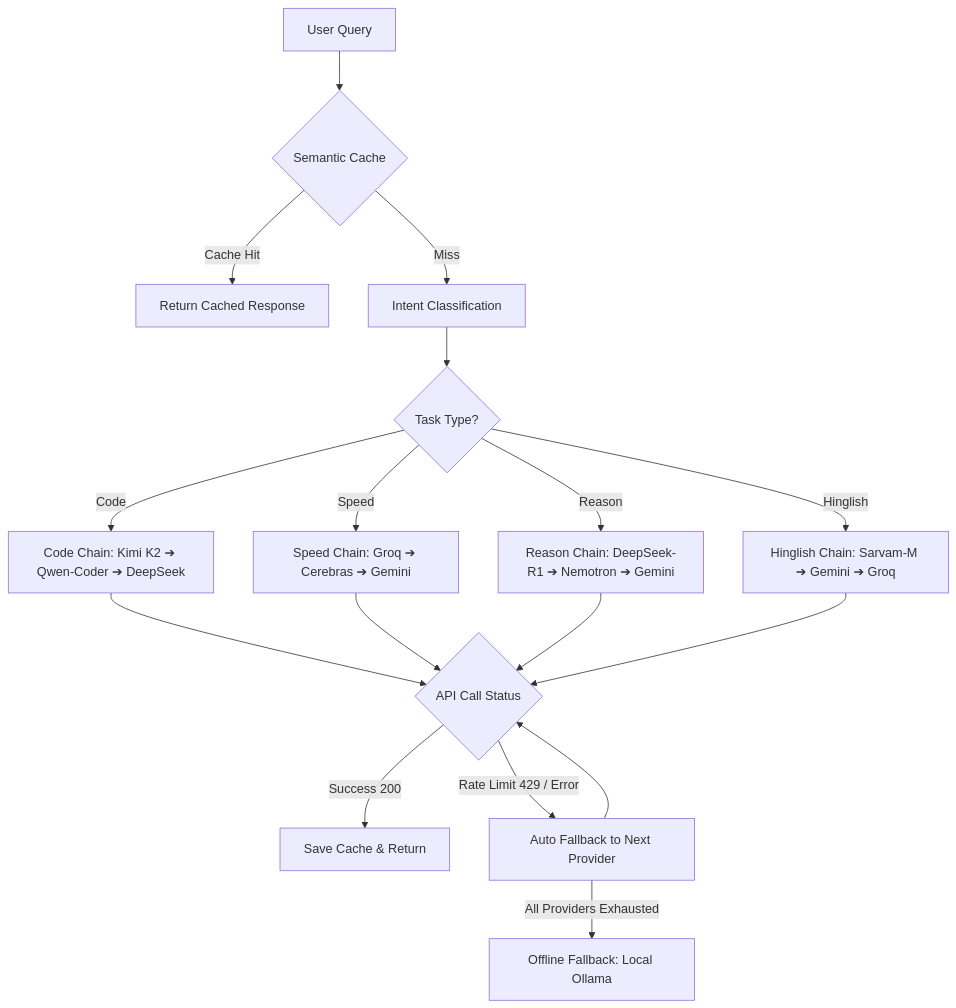
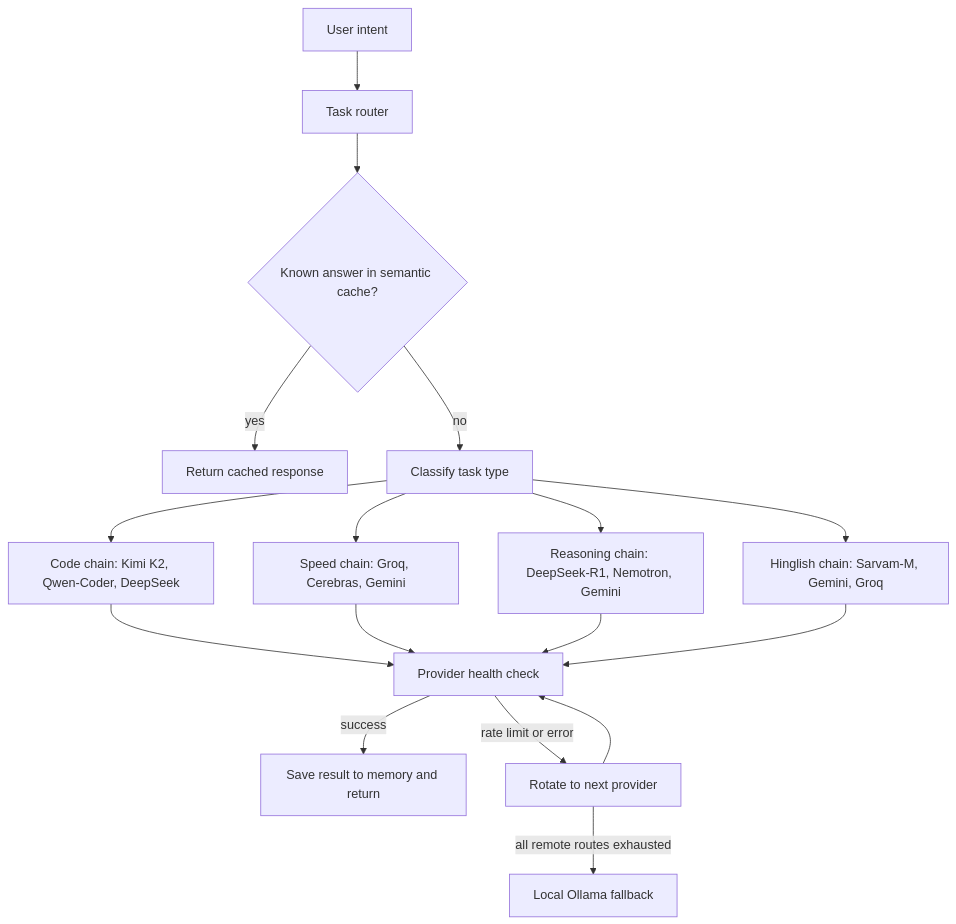
One commit to m4stanuj/m4stanuj changed the diagram in README.md. Above: the diagram before and after it, drawn with Mermaid. The commit also changed other lines of this file, not shown here.

````diff
--- a/README.md
+++ b/README.md
@@ -23,16 +54,19 @@
 ```mermaid
 graph TD
-    A[User Query] --> B{Semantic Cache}
-    B -- Cache Hit --> C[Return Cached Response]
-    B -- Miss --> D[Intent Classification]
-    D --> E{Task Type?}
-    E -- Code --> F[Code Chain: Kimi K2 ➔ Qwen-Coder ➔ DeepSeek]
-    E -- Speed --> G[Speed Chain: Groq ➔ Cerebras ➔ Gemini]
-    E -- Reason --> H[Reason Chain: DeepSeek-R1 ➔ Nemotron ➔ Gemini]
-    E -- Hinglish --> I[Hinglish Chain: Sarvam-M ➔ Gemini ➔ Groq]
-    F & G & H & I --> J{API Call Status}
-    J -- Success 200 --> K[Save Cache & Return]
-    J -- Rate Limit 429 / Error --> L[Auto Fallback to Next Provider]
+    A["User intent"] --> B["Task router"]
+    B --> C{"Known answer in semantic cache?"}
+    C -->|"yes"| D["Return cached response"]
+    C -->|"no"| E["Classify task type"]
+    E --> F["Code chain: Kimi K2, Qwen-Coder, DeepSeek"]
+    E --> G["Speed chain: Groq, Cerebras, Gemini"]
+    E --> H["Reasoning chain: DeepSeek-R1, Nemotron, Gemini"]
+    E --> I["Hinglish chain: Sarvam-M, Gemini, Groq"]
+    F --> J["Provider health check"]
+    G --> J
+    H --> J
+    I --> J
+    J -->|"success"| K["Save result to memory and return"]
+    J -->|"rate limit or error"| L["Rotate to next provider"]
     L --> J
-    L -- All Providers Exhausted --> M[Offline Fallback: Local Ollama]
+    L -->|"all remote routes exhausted"| M["Local Ollama fallback"]
 ```
````
